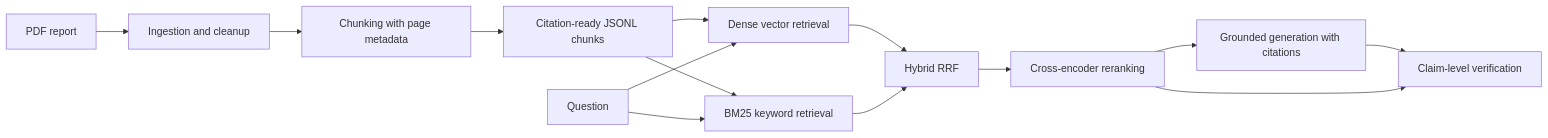
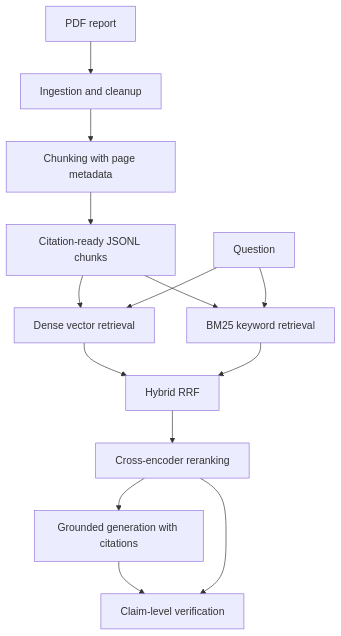
The diagram in README.md (sushant0codes/VeriRAG), drawn with Mermaid before and after one commit.

Commit message:
Improve README architecture diagram layout

````diff
--- a/README.md
+++ b/README.md
@@ -13,16 +13,16 @@
 ```mermaid
-flowchart LR
+flowchart TB
     pdf[PDF report] --> ingest[Ingestion and cleanup]
     ingest --> chunk[Chunking with page metadata]
     chunk --> chunks[Citation-ready JSONL chunks]
     chunks --> dense[Dense vector retrieval]
     chunks --> bm25[BM25 keyword retrieval]
     question[Question] --> dense
     question --> bm25
     dense --> rrf[Hybrid RRF]
     bm25 --> rrf
     rrf --> rerank[Cross-encoder reranking]
     rerank --> generate[Grounded generation with citations]
     generate --> verify[Claim-level verification]
     rerank --> verify
 ```
````
